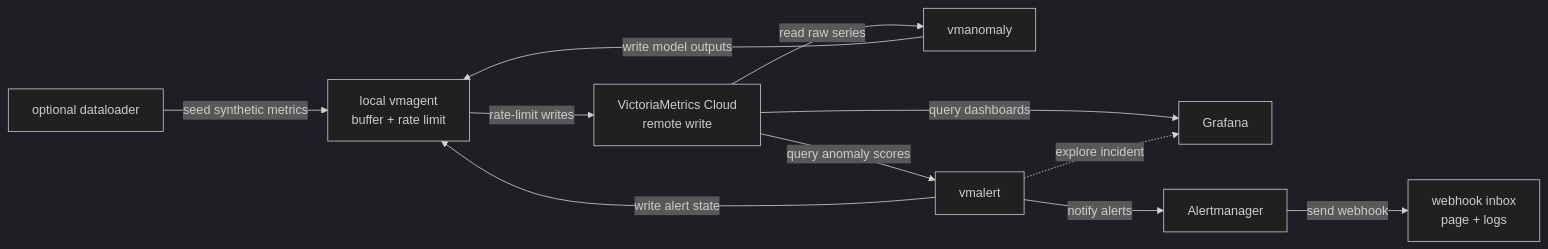
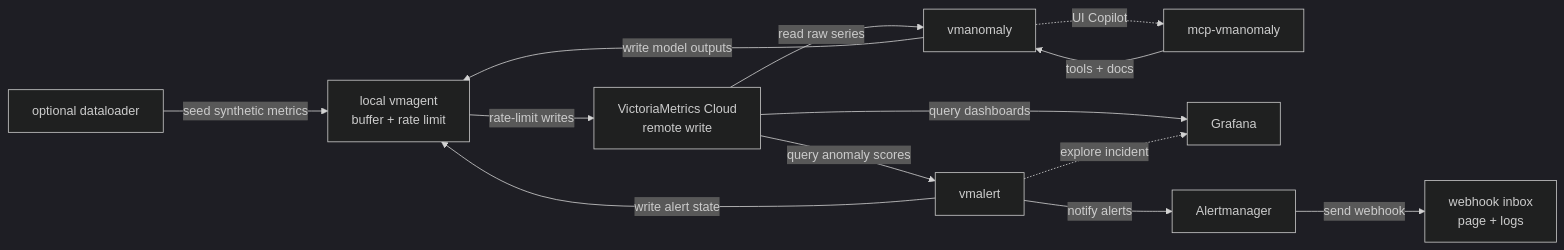
The diagram in anomaly-detection/cloud/README.md (jgomezselles/cnd-workshop-2026), drawn with Mermaid (dark theme) before and after one commit. The commit also changed other lines of this file and 19 other files, not shown here.

````diff
--- a/anomaly-detection/cloud/README.md
+++ b/anomaly-detection/cloud/README.md
@@ -13,13 +14,15 @@
 ```mermaid
 flowchart LR
   loader["optional dataloader"] -->|"seed synthetic metrics"| agent["local vmagent<br/>buffer + rate limit"]
   anomaly["vmanomaly"] -->|"write model outputs"| agent
+  mcp["mcp-vmanomaly"] -->|"tools + docs"| anomaly
+  anomaly -.->|"UI Copilot"| mcp
   agent -->|"rate-limit writes"| cloud["VictoriaMetrics Cloud<br/>remote write"]
   cloud -->|"read raw series"| anomaly
   cloud -->|"query dashboards"| grafana["Grafana"]
   cloud -->|"query anomaly scores"| vmalert["vmalert"]
   vmalert -->|"write alert state"| agent
   vmalert -->|"notify alerts"| alertmanager["Alertmanager"]
   vmalert -.->|"explore incident"| grafana
   alertmanager["Alertmanager"] -->|"send webhook"| webhook["webhook inbox<br/>page + logs"]
 ```
````
